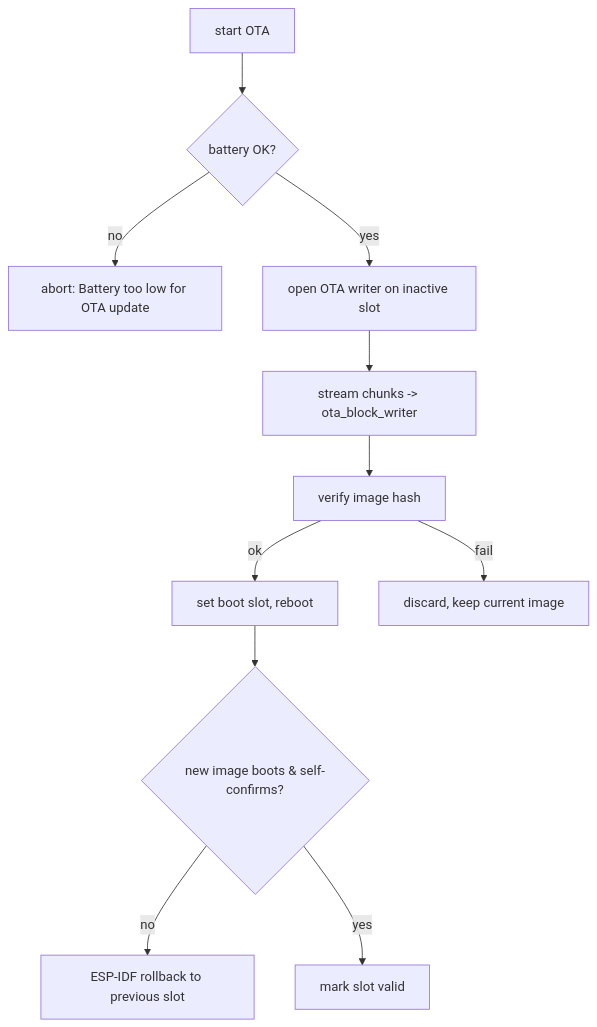
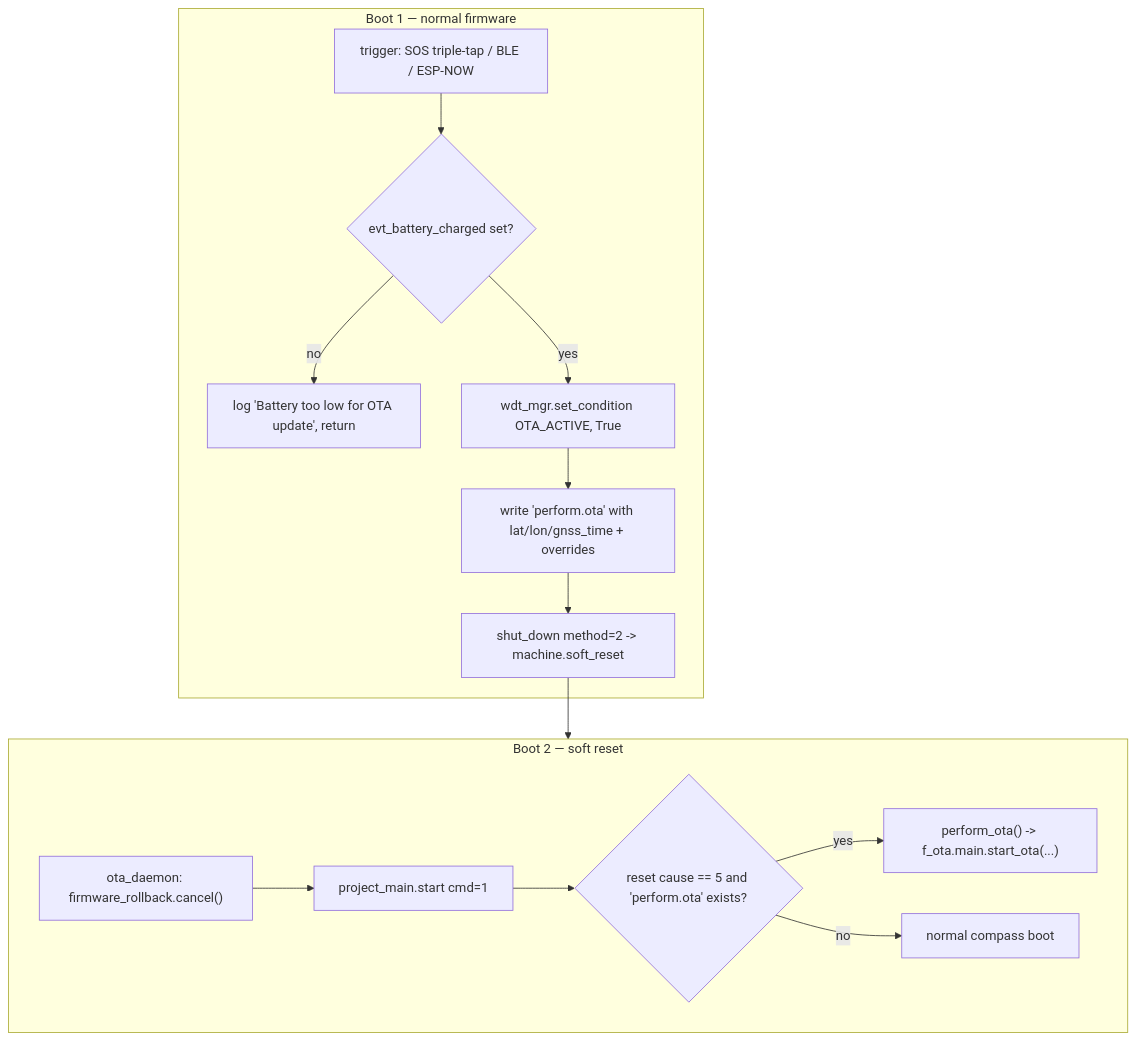
One commit to ljagiello/totem-compass changed the first of 2 diagrams in docs/subsystems/ota.mdx. Above: the diagram before and after it, drawn with Mermaid. The commit also changed other lines of this file and 103 other files, not shown here.

First line of the commit message:
feat: emulate a Totem on the ESP-NOW mesh with an ESP32 (#4)

````diff
--- a/docs/subsystems/ota.mdx
+++ b/docs/subsystems/ota.mdx
@@ -110,13 +28,17 @@
 ```mermaid
 flowchart TD
-  A[start OTA] --> B{battery OK?}
-  B -->|no| X[abort: Battery too low for OTA update]
-  B -->|yes| C[open OTA writer on inactive slot]
-  C --> D[stream chunks -> ota_block_writer]
-  D --> E[verify image hash]
-  E -->|ok| F[set boot slot, reboot]
-  E -->|fail| G[discard, keep current image]
-  F --> H{new image boots & self-confirms?}
-  H -->|no| I[ESP-IDF rollback to previous slot]
-  H -->|yes| J[mark slot valid]
+  subgraph B1[Boot 1 — normal firmware]
+    T[trigger: SOS triple-tap / BLE / ESP-NOW] --> G{evt_battery_charged set?}
+    G -->|no| X[log 'Battery too low for OTA update', return]
+    G -->|yes| W[wdt_mgr.set_condition OTA_ACTIVE, True]
+    W --> P[write 'perform.ota' with lat/lon/gnss_time + overrides]
+    P --> S[shut_down method=2 -> machine.soft_reset]
+  end
+  S --> B2
+  subgraph B2[Boot 2 — soft reset]
+    C["ota_daemon: firmware_rollback.cancel()"] --> M[project_main.start cmd=1]
+    M --> R{reset cause == 5 and 'perform.ota' exists?}
+    R -->|yes| O["perform_ota() -> f_ota.main.start_ota(...)"]
+    R -->|no| N[normal compass boot]
+  end
 ```
````
